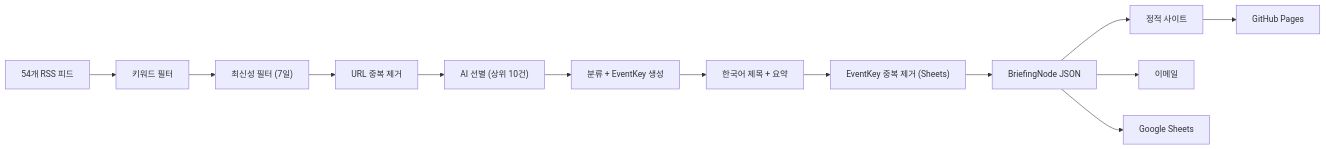
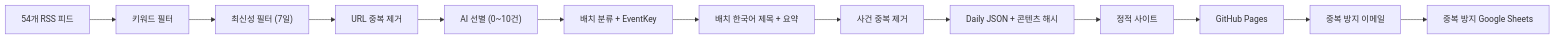
Before and after one commit to lowtidebuild/legal-briefing: the diagram in docs/ko/README.md, drawn with Mermaid. The commit also changed other lines of this file and 58 other files, not shown here.

````diff
--- a/docs/ko/README.md
+++ b/docs/ko/README.md
@@ -151,15 +163,15 @@
 ```mermaid
 flowchart LR
     A["54개 RSS 피드"] --> B["키워드 필터"]
     B --> B2["최신성 필터 (7일)"]
     B2 --> C["URL 중복 제거"]
-    C --> D["AI 선별 (상위 10건)"]
-    D --> E["분류 + EventKey 생성"]
-    E --> F["한국어 제목 + 요약"]
-    F --> G["EventKey 중복 제거 (Sheets)"]
-    G --> H["BriefingNode JSON"]
+    C --> D["AI 선별 (0~10건)"]
+    D --> E["배치 분류 + EventKey"]
+    E --> F["배치 한국어 제목 + 요약"]
+    F --> G["사건 중복 제거"]
+    G --> H["Daily JSON + 콘텐츠 해시"]
     H --> I["정적 사이트"]
-    H --> J["이메일"]
-    H --> K["Google Sheets"]
     I --> L["GitHub Pages"]
+    L --> J["중복 방지 이메일"]
+    J --> K["중복 방지 Google Sheets"]
 ```
````
